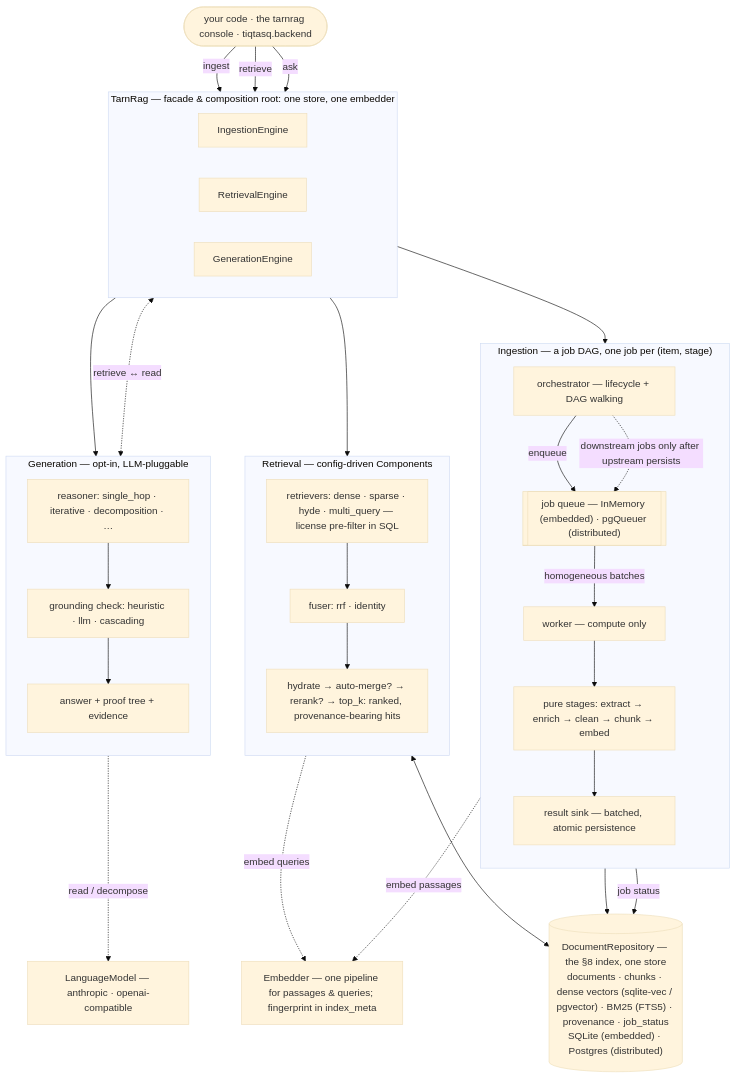
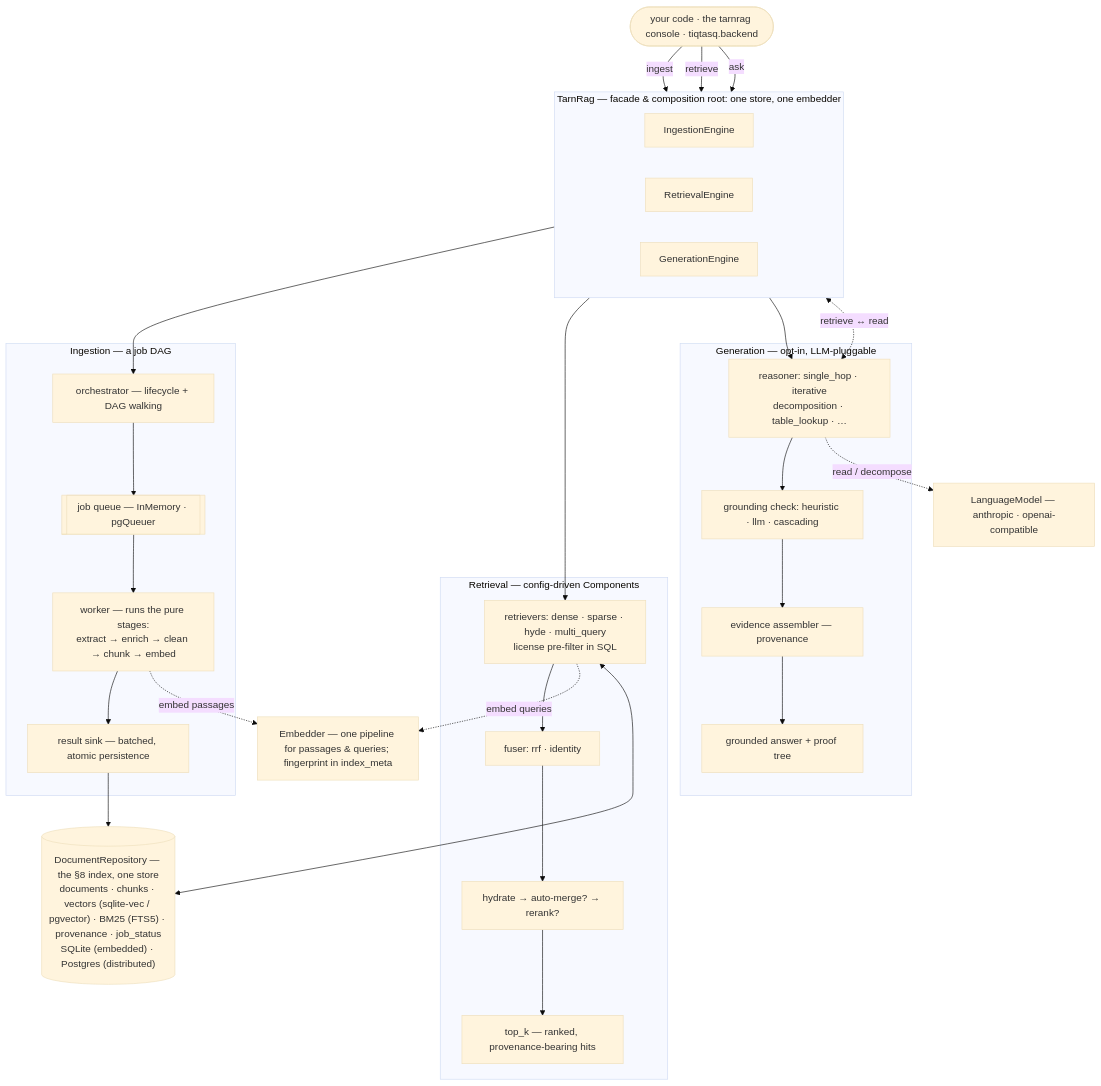
One commit to tiqtasq/tarn.rag changed the diagram in docs/explanation/architecture.md. Above: the diagram before and after it, drawn with Mermaid (base theme).

Commit message:
Diagram v4: enforce lane order and equalize lane heights
The three subsystem lanes are now structurally symmetric — exactly
four nodes and five label-lines each, no in-lane edge labels — so the
boxes come out the same height. Declaration order is strictly
ingestion → retrieval → generation for every node, cluster, and edge
(the layout engine seeds horizontal order from it), and the remaining
cross-links (retrieve↔read, the embedder/LLM delegations, the two
repository anchors) are all consistent with that order, giving the
renderer no crossing-minimization reason to swap lanes. The invariant
edge labels the diagram dropped (enqueue-after-persist, job status)
remain covered by the prose below it.

````diff
--- a/docs/explanation/architecture.md
+++ b/docs/explanation/architecture.md
@@ -9,64 +9,61 @@
 ```mermaid
 flowchart TB
     CALLER(["your code · the tarnrag console · tiqtasq.backend"])
 
     subgraph FACADE["TarnRag — facade & composition root: one store, one embedder"]
         direction LR
         IE["IngestionEngine"]
         RE["RetrievalEngine"]
         GE["GenerationEngine"]
     end
 
     CALLER -->|"ingest"| IE
     CALLER -->|"retrieve"| RE
     CALLER -->|"ask"| GE
 
-    subgraph INGEST["Ingestion — a job DAG, one job per (item, stage)"]
-        direction TB
+    subgraph INGEST["Ingestion — a job DAG"]
         ORCH["orchestrator — lifecycle + DAG walking"]
-        QUEUE[["job queue — InMemory (embedded) · pgQueuer (distributed)"]]
-        WORKER["worker — compute only"]
-        STAGES["pure stages: extract → enrich → clean → chunk → embed"]
+        QUEUE[["job queue — InMemory · pgQueuer"]]
+        WORK["worker — runs the pure stages:<br/>extract → enrich → clean → chunk → embed"]
         SINK["result sink — batched, atomic persistence"]
-        ORCH -->|"enqueue"| QUEUE
-        ORCH -.->|"downstream jobs only after upstream persists"| QUEUE
-        QUEUE -->|"homogeneous batches"| WORKER
-        WORKER --> STAGES
-        STAGES --> SINK
+        ORCH --> QUEUE
+        QUEUE --> WORK
+        WORK --> SINK
     end
 
     subgraph RETR["Retrieval — config-driven Components"]
-        direction TB
-        RTRS["retrievers: dense · sparse · hyde · multi_query — license pre-filter in SQL"]
+        RTRS["retrievers: dense · sparse · hyde · multi_query<br/>license pre-filter in SQL"]
         FUSE["fuser: rrf · identity"]
-        POST["hydrate → auto-merge? → rerank? → top_k: ranked, provenance-bearing hits"]
+        POST["hydrate → auto-merge? → rerank?"]
+        TOPK["top_k — ranked, provenance-bearing hits"]
         RTRS --> FUSE
         FUSE --> POST
+        POST --> TOPK
     end
 
     subgraph GENER["Generation — opt-in, LLM-pluggable"]
-        direction TB
-        REAS["reasoner: single_hop · iterative · decomposition · …"]
+        REAS["reasoner: single_hop · iterative<br/>decomposition · table_lookup · …"]
         GC["grounding check: heuristic · llm · cascading"]
-        ANS["answer + proof tree + evidence"]
+        ASSM["evidence assembler — provenance"]
+        ANS["grounded answer + proof tree"]
         REAS --> GC
-        GC --> ANS
+        GC --> ASSM
+        ASSM --> ANS
     end
 
     IE --> ORCH
     RE --> RTRS
     GE --> REAS
     RE <-.->|"retrieve ↔ read"| REAS
 
     EMB["Embedder — one pipeline for passages & queries; fingerprint in index_meta"]
     LLM["LanguageModel — anthropic · openai-compatible"]
-    STAGES -.->|"embed passages"| EMB
+    WORK -.->|"embed passages"| EMB
     RTRS -.->|"embed queries"| EMB
     REAS -.->|"read / decompose"| LLM
 
-    REPO[("DocumentRepository — the §8 index, one store<br/>documents · chunks · dense vectors (sqlite-vec / pgvector) · BM25 (FTS5) · provenance · job_status<br/>SQLite (embedded) · Postgres (distributed)")]
+    REPO[("DocumentRepository — the §8 index, one store<br/>documents · chunks · vectors (sqlite-vec / pgvector) · BM25 (FTS5) · provenance · job_status<br/>SQLite (embedded) · Postgres (distributed)")]
 
     SINK --> REPO
     RTRS <--> REPO
-    ORCH -->|"job status"| REPO
 ```
````
